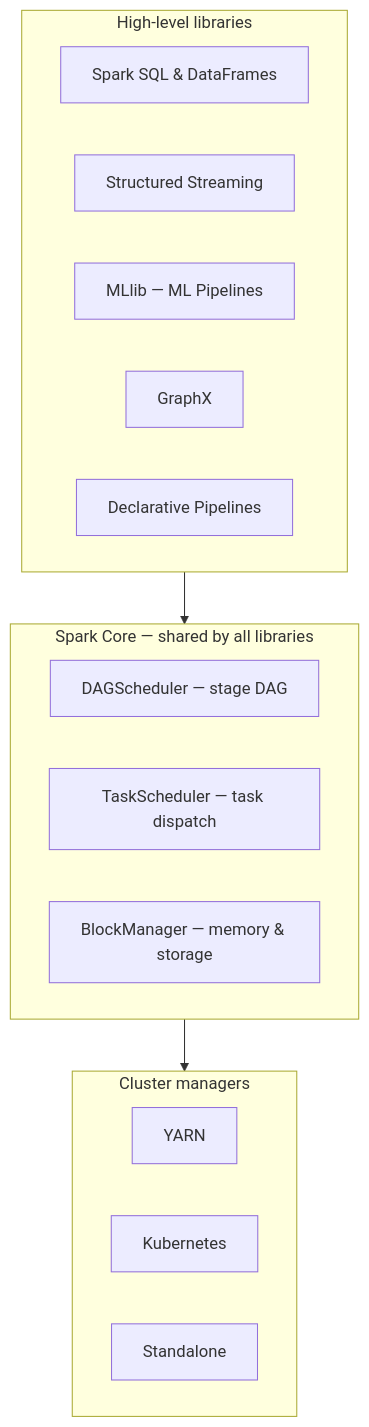
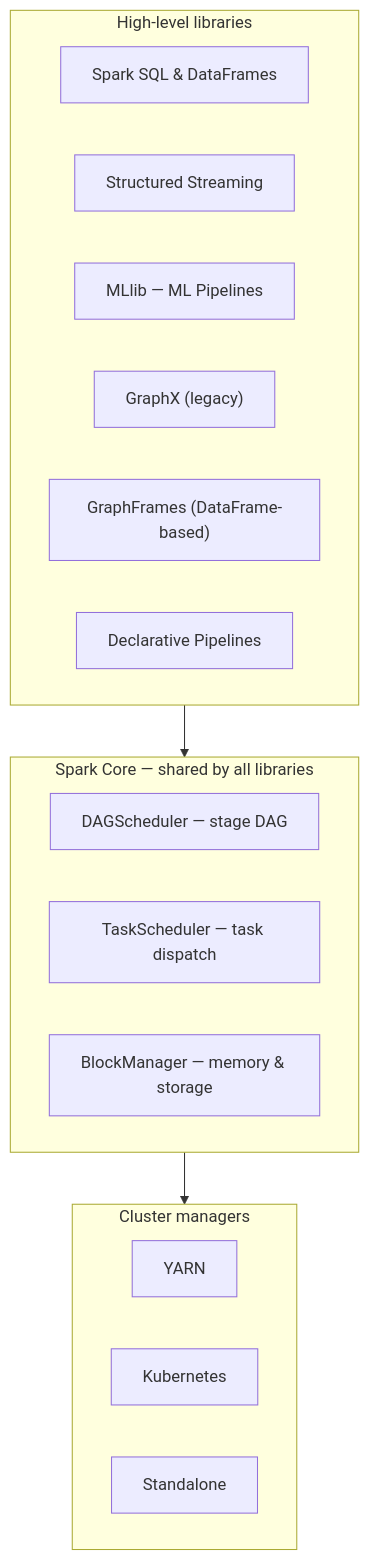
The third of 4 diagrams in docs/spark-book/ch01-introduction-to-spark.md (arindamchoudhury/spark-gyan), drawn with Mermaid before and after one commit. The commit also changed other lines of this file, not shown here.

First line of the commit message:
fix: ch01 — review fixes (Vs count, stats, speedup citation, graph libs)

````diff
--- a/docs/spark-book/ch01-introduction-to-spark.md
+++ b/docs/spark-book/ch01-introduction-to-spark.md
@@ -209,27 +209,28 @@
 ```mermaid
 flowchart TD
     subgraph libs["High-level libraries"]
         direction LR
         SQL["Spark SQL & DataFrames"]
         STREAM["Structured Streaming"]
         ML["MLlib — ML Pipelines"]
-        GRAPH["GraphX"]
+        GRAPH["GraphX (legacy)"]
+        GF["GraphFrames (DataFrame-based)"]
         DP["Declarative Pipelines"]
     end
 
     subgraph core["Spark Core — shared by all libraries"]
         direction LR
         DAG["DAGScheduler — stage DAG"]
         TASK["TaskScheduler — task dispatch"]
         BLOCK["BlockManager — memory & storage"]
     end
 
     subgraph cm["Cluster managers"]
         direction LR
         YARN["YARN"]
         K8S["Kubernetes"]
         SA["Standalone"]
     end
 
     libs --> core --> cm
 ```
````
